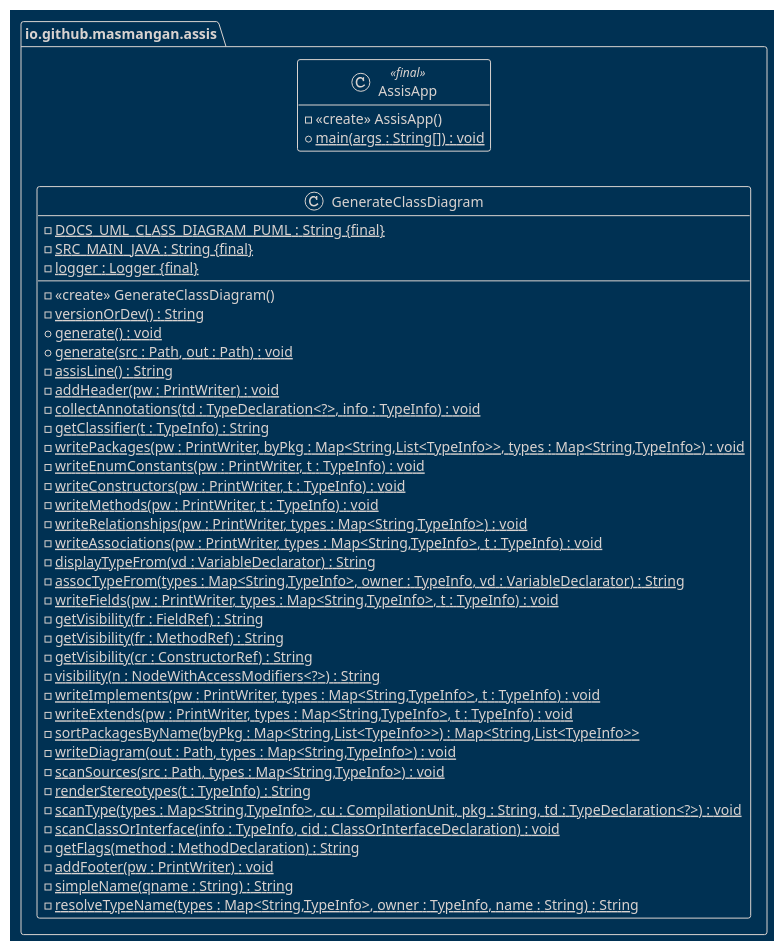
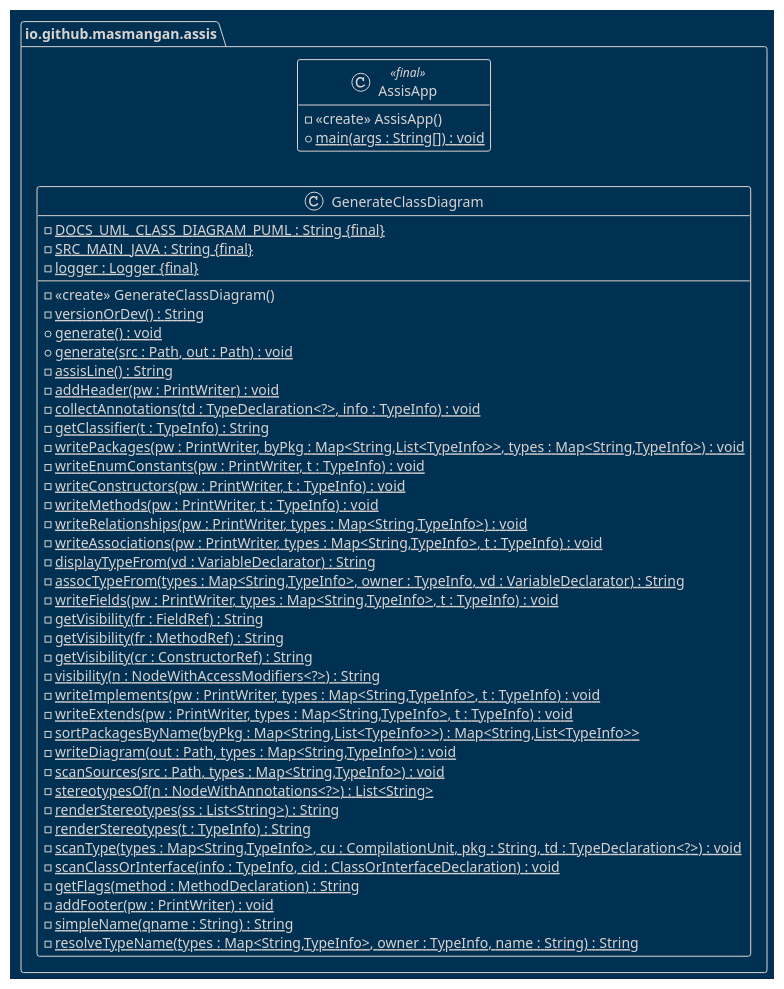
The diagram in docs/diagrams/src/class-diagram.puml (masmangan/javaparser-to-plantuml), drawn with PlantUML before and after one commit. The commit also changed 14 other files, not shown here.

```diff
--- a/docs/diagrams/src/class-diagram.puml
+++ b/docs/diagrams/src/class-diagram.puml
@@ -1,58 +1,60 @@
 @startuml class-diagram
 
 hide empty members
 
 !theme blueprint
 !pragma useIntermediatePackages false
 
 package "io.github.masmangan.assis" {
 class "io.github.masmangan.assis.AssisApp" <<final>> {
   - <<create>> AssisApp()
   + main(args : String[]) : void {static}
 }
 class "io.github.masmangan.assis.GenerateClassDiagram" {
   - {static} DOCS_UML_CLASS_DIAGRAM_PUML : String {final}
   - {static} SRC_MAIN_JAVA : String {final}
   - {static} logger : Logger {final}
   - <<create>> GenerateClassDiagram()
   - versionOrDev() : String {static}
   + generate() : void {static}
   + generate(src : Path, out : Path) : void {static}
   - assisLine() : String {static}
   - addHeader(pw : PrintWriter) : void {static}
   - collectAnnotations(td : TypeDeclaration<?>, info : TypeInfo) : void {static}
   - getClassifier(t : TypeInfo) : String {static}
   - writePackages(pw : PrintWriter, byPkg : Map<String,List<TypeInfo>>, types : Map<String,TypeInfo>) : void {static}
   - writeEnumConstants(pw : PrintWriter, t : TypeInfo) : void {static}
   - writeConstructors(pw : PrintWriter, t : TypeInfo) : void {static}
   - writeMethods(pw : PrintWriter, t : TypeInfo) : void {static}
   - writeRelationships(pw : PrintWriter, types : Map<String,TypeInfo>) : void {static}
   - writeAssociations(pw : PrintWriter, types : Map<String,TypeInfo>, t : TypeInfo) : void {static}
   - displayTypeFrom(vd : VariableDeclarator) : String {static}
   - assocTypeFrom(types : Map<String,TypeInfo>, owner : TypeInfo, vd : VariableDeclarator) : String {static}
   - writeFields(pw : PrintWriter, types : Map<String,TypeInfo>, t : TypeInfo) : void {static}
   - getVisibility(fr : FieldRef) : String {static}
   - getVisibility(fr : MethodRef) : String {static}
   - getVisibility(cr : ConstructorRef) : String {static}
   - visibility(n : NodeWithAccessModifiers<?>) : String {static}
   - writeImplements(pw : PrintWriter, types : Map<String,TypeInfo>, t : TypeInfo) : void {static}
   - writeExtends(pw : PrintWriter, types : Map<String,TypeInfo>, t : TypeInfo) : void {static}
   - sortPackagesByName(byPkg : Map<String,List<TypeInfo>>) : Map<String,List<TypeInfo>> {static}
   - writeDiagram(out : Path, types : Map<String,TypeInfo>) : void {static}
   - scanSources(src : Path, types : Map<String,TypeInfo>) : void {static}
+  - stereotypesOf(n : NodeWithAnnotations<?>) : List<String> {static}
+  - renderStereotypes(ss : List<String>) : String {static}
   - renderStereotypes(t : TypeInfo) : String {static}
   - scanType(types : Map<String,TypeInfo>, cu : CompilationUnit, pkg : String, td : TypeDeclaration<?>) : void {static}
   - scanClassOrInterface(info : TypeInfo, cid : ClassOrInterfaceDeclaration) : void {static}
   - getFlags(method : MethodDeclaration) : String {static}
   - addFooter(pw : PrintWriter) : void {static}
   - simpleName(qname : String) : String {static}
   - resolveTypeName(types : Map<String,TypeInfo>, owner : TypeInfo, name : String) : String {static}
 }
 }
 
 left to right direction
 
 ' Generated with ASSIS (Java -> UML)
 ' https://github.com/masmangan/assis
 
 @enduml
```
